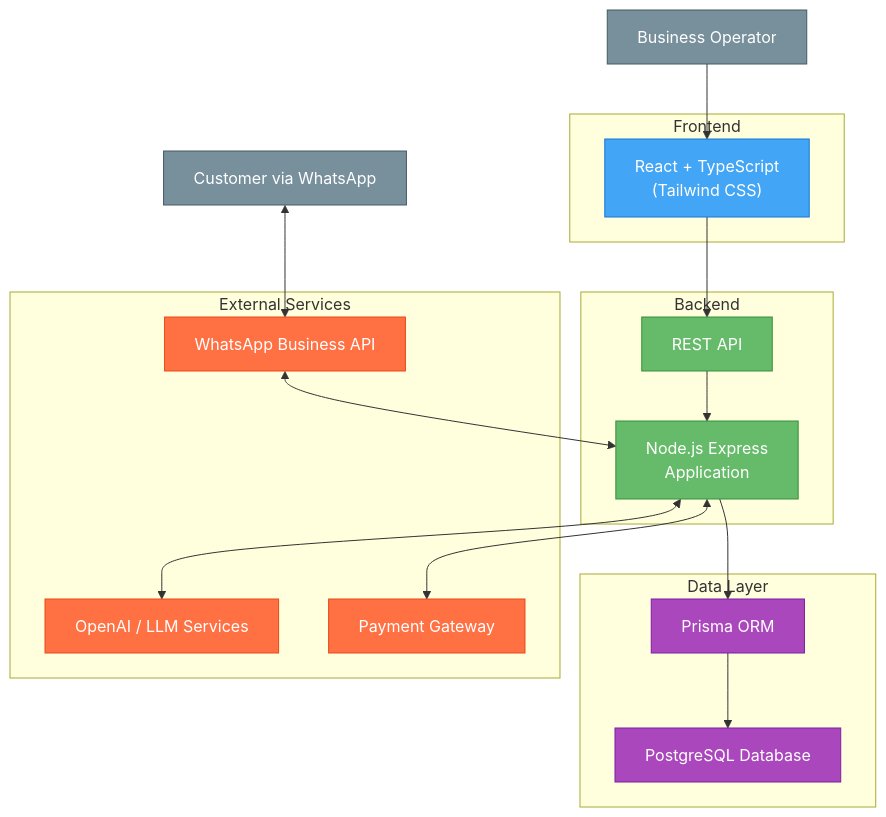
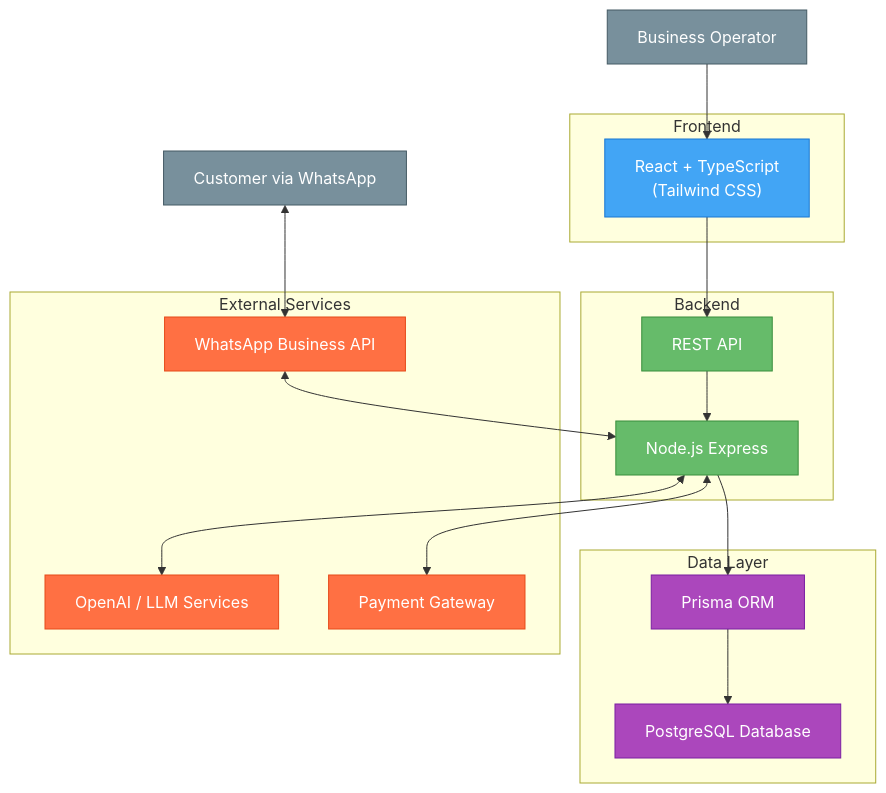
Before and after one commit to gelsogrove/shopME: the first of 2 diagrams in finalproject-AG/finalproget.md, drawn with Mermaid. The commit also changed other lines of this file, not shown here.

````diff
--- a/finalproject-AG/finalproget.md
+++ b/finalproject-AG/finalproget.md
@@ -76,47 +76,47 @@
 ```mermaid
 flowchart TB
         User["Customer via WhatsApp"] 
         Operator["Business Operator"]
     
     subgraph "Frontend"
         React["React + TypeScript\n(Tailwind CSS)"]
     end
     
     subgraph "Backend"
-        NodeJS["Node.js Express\nApplication"]
+        NodeJS["Node.js Express"]
         API["REST API"]
     end
     
     subgraph "Data Layer"
         Prisma["Prisma ORM"]
         DB["PostgreSQL Database"]
     end
     
     subgraph "External Services"
         WhatsApp["WhatsApp Business API"]
         OpenAI["OpenAI / LLM Services"]
         Payment["Payment Gateway"]
     end
     
     User <--> WhatsApp
     WhatsApp <--> NodeJS
     Operator --> React
     React --> API
     API --> NodeJS
     NodeJS --> Prisma
     Prisma --> DB
     NodeJS <--> OpenAI
     NodeJS <--> Payment
     
     classDef frontend fill:#42A5F5,stroke:#1976D2,color:white
     classDef backend fill:#66BB6A,stroke:#388E3C,color:white
     classDef database fill:#AB47BC,stroke:#7B1FA2,color:white
     classDef external fill:#FF7043,stroke:#E64A19,color:white
     classDef user fill:#78909C,stroke:#455A64,color:white
 
     class React frontend
     class NodeJS,API backend
     class Prisma,DB database
     class WhatsApp,OpenAI,Payment external
     class User,Operator user
 ```
````
